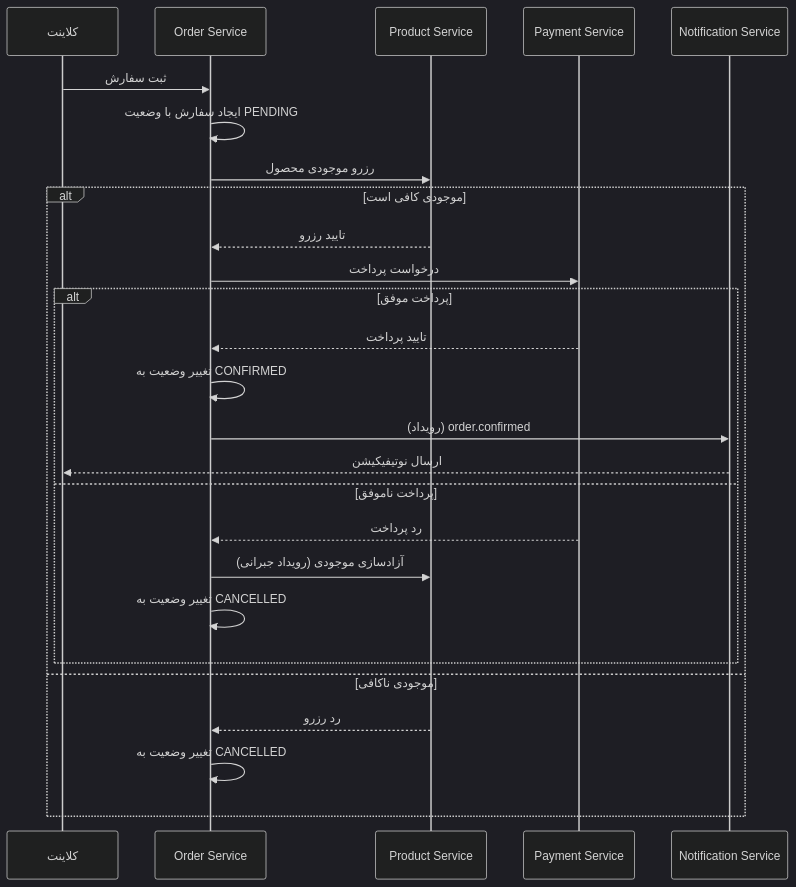
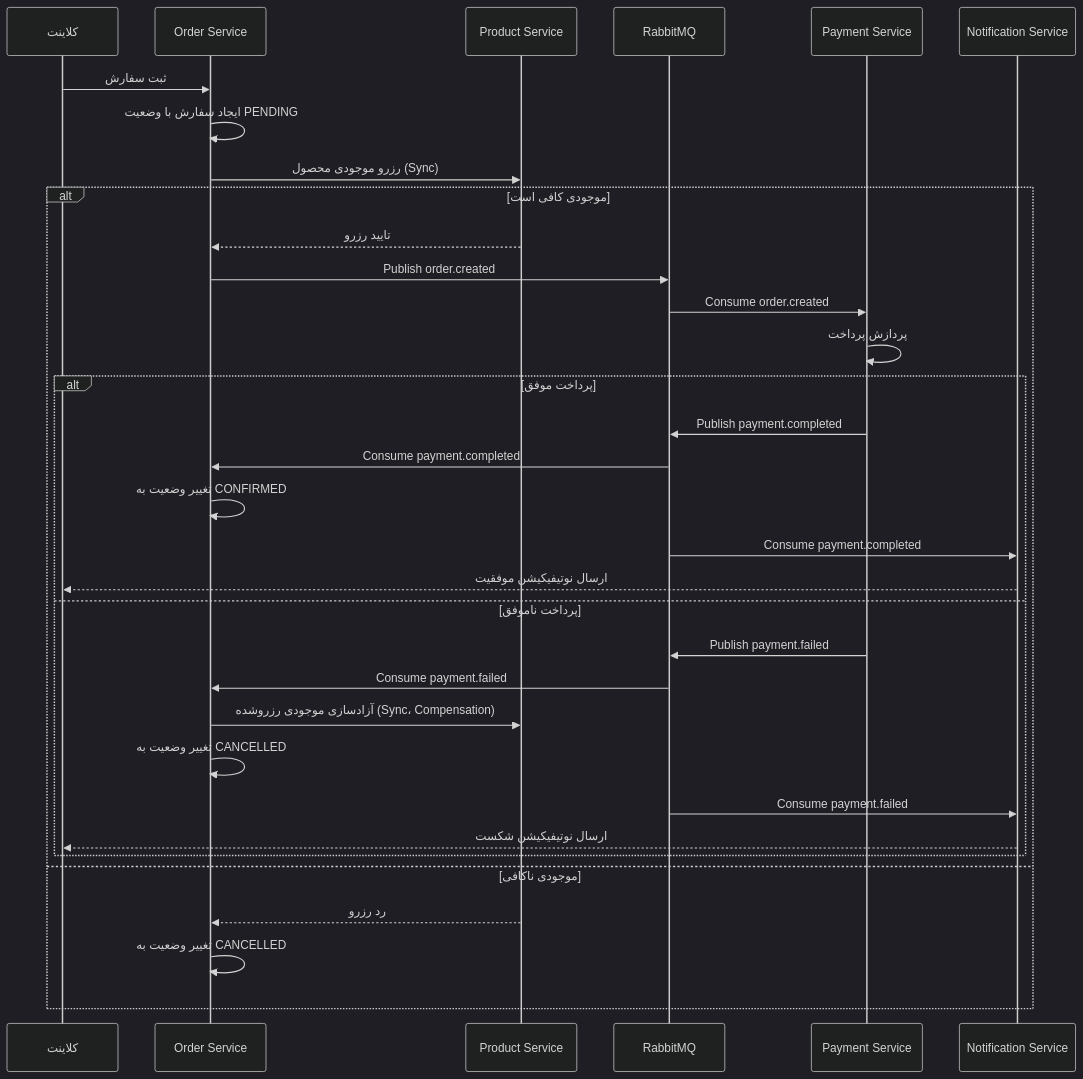
One commit to avas1436/golang-gin changed the second of 3 diagrams in docs/architecture.md. Above: the diagram before and after it, drawn with Mermaid (dark theme). The commit also changed other lines of this file, not shown here.

Commit message:
docs(project): add event driven flow to architecture file.

````diff
--- a/docs/architecture.md
+++ b/docs/architecture.md
@@ -153,29 +159,38 @@
 ```mermaid
 sequenceDiagram
     participant C as کلاینت
     participant O as Order Service
     participant P as Product Service
+    participant MQ as RabbitMQ
     participant Pay as Payment Service
     participant N as Notification Service
 
     C->>O: ثبت سفارش
     O->>O: ایجاد سفارش با وضعیت PENDING
-    O->>P: رزرو موجودی محصول
+    O->>P: رزرو موجودی محصول (Sync)
+
     alt موجودی کافی است
         P-->>O: تایید رزرو
-        O->>Pay: درخواست پرداخت
+        O->>MQ: Publish order.created
+        MQ->>Pay: Consume order.created
+        Pay->>Pay: پردازش پرداخت
+
         alt پرداخت موفق
-            Pay-->>O: تایید پرداخت
+            Pay->>MQ: Publish payment.completed
+            MQ->>O: Consume payment.completed
             O->>O: تغییر وضعیت به CONFIRMED
-            O->>N: (رویداد) order.confirmed
-            N-->>C: ارسال نوتیفیکیشن
+            MQ->>N: Consume payment.completed
+            N-->>C: ارسال نوتیفیکیشن موفقیت
         else پرداخت ناموفق
-            Pay-->>O: رد پرداخت
-            O->>P: (رویداد جبرانی) آزادسازی موجودی
+            Pay->>MQ: Publish payment.failed
+            MQ->>O: Consume payment.failed
+            O->>P: آزادسازی موجودی رزروشده (Sync، Compensation)
             O->>O: تغییر وضعیت به CANCELLED
+            MQ->>N: Consume payment.failed
+            N-->>C: ارسال نوتیفیکیشن شکست
         end
     else موجودی ناکافی
         P-->>O: رد رزرو
         O->>O: تغییر وضعیت به CANCELLED
     end
 ```
````
